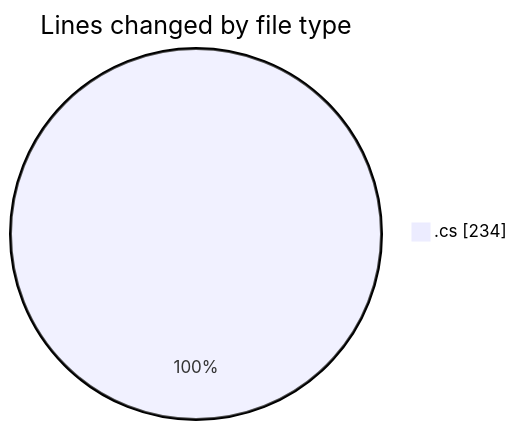
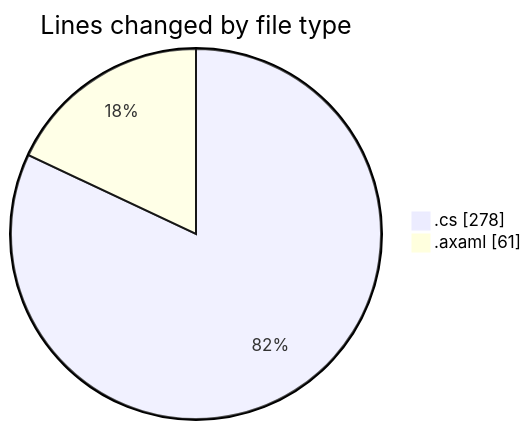
The first of 2 diagrams in 2025-10-26/skintrack/README.md (Netris89/code-tracking), drawn with Mermaid before and after one commit. The commit also changed other lines of this file and 1 other file, not shown here.

````diff
--- a/2025-10-26/skintrack/README.md
+++ b/2025-10-26/skintrack/README.md
@@ -25,5 +27,6 @@
 ```mermaid
 pie showData
 title Lines changed by file type
-".cs" : 234
+".cs" : 278
+".axaml" : 61
 ```
````
